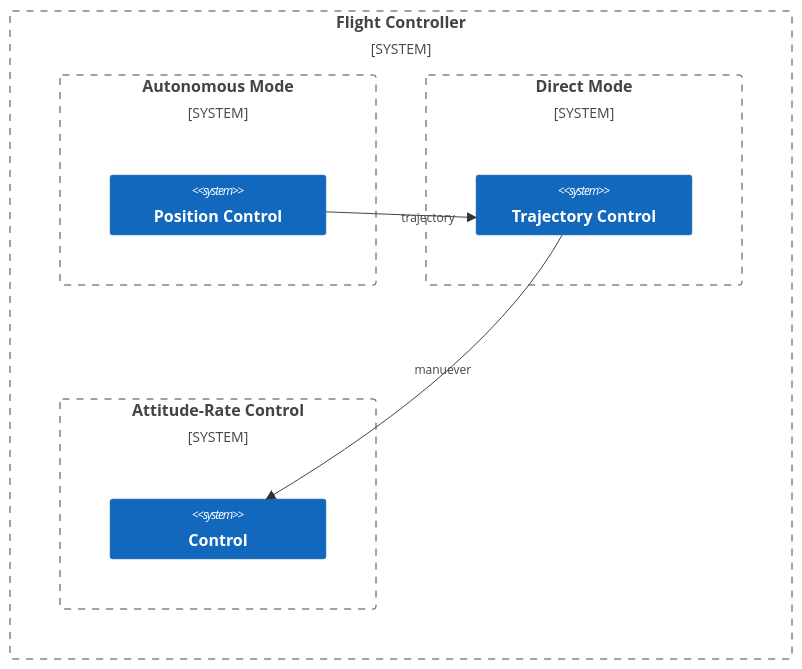
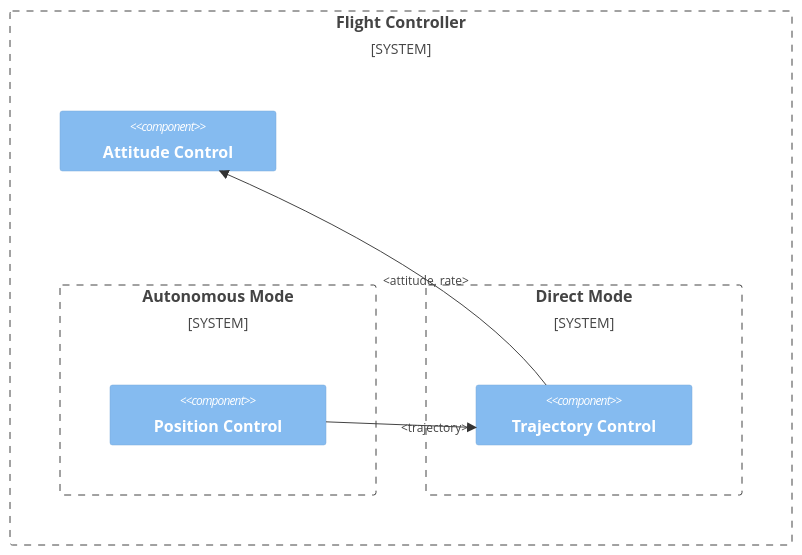
The diagram in firmware/flight_controllers/src/multicopters/README.md (redengin/rusty-robot), drawn with Mermaid before and after one commit.

````diff
--- a/firmware/flight_controllers/src/multicopters/README.md
+++ b/firmware/flight_controllers/src/multicopters/README.md
@@ -23,17 +23,15 @@
 ```mermaid
 C4Component
 System_Boundary(b, "Flight Controller") {
     System_Boundary(b0, "Autonomous Mode") {
-        System(s0, "Position Control")
+        Component(s0, "Position Control")
     }
     System_Boundary(b1, "Direct Mode") {
-        System(s1, "Trajectory Control")
+        Component(s1, "Trajectory Control")
     }
-    Rel(s0, s1, "trajectory")
+    Rel(s0, s1, "<trajectory>")
 
-    System_Boundary(b2, "Attitude-Rate Control") {
-        System(s3, "Control")
-    }
-    Rel(s1, s3, "manuever")
+    Component(s3, "Attitude Control")
+    Rel(s1, s3, "<attitude, rate>")
 }
 ```
````
